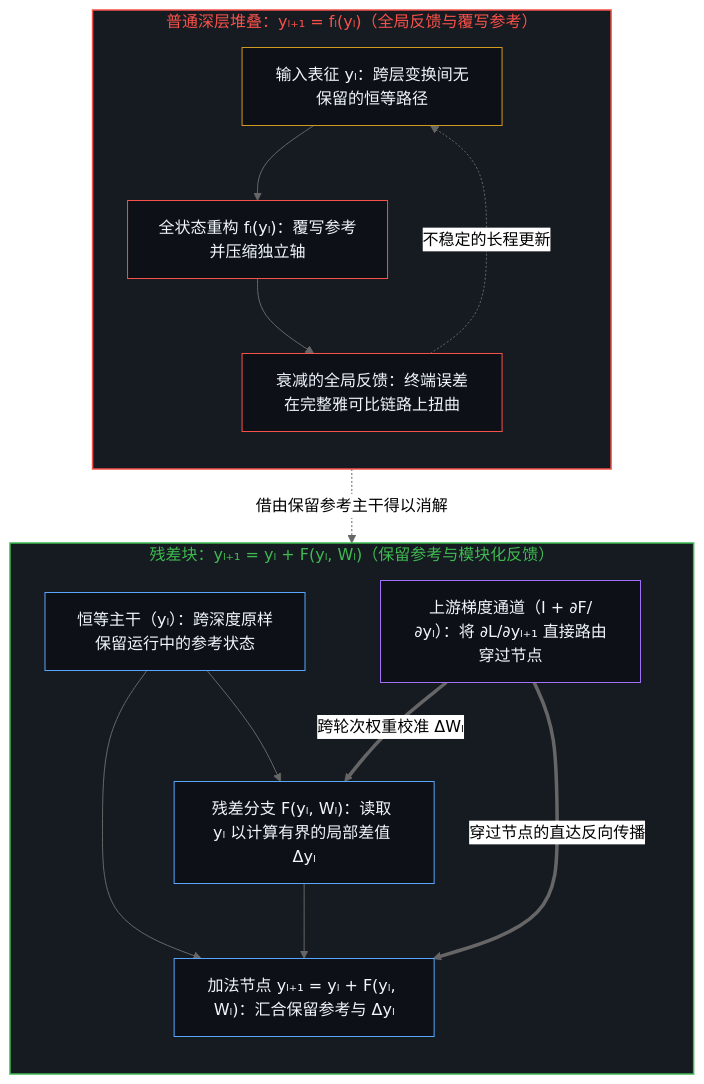
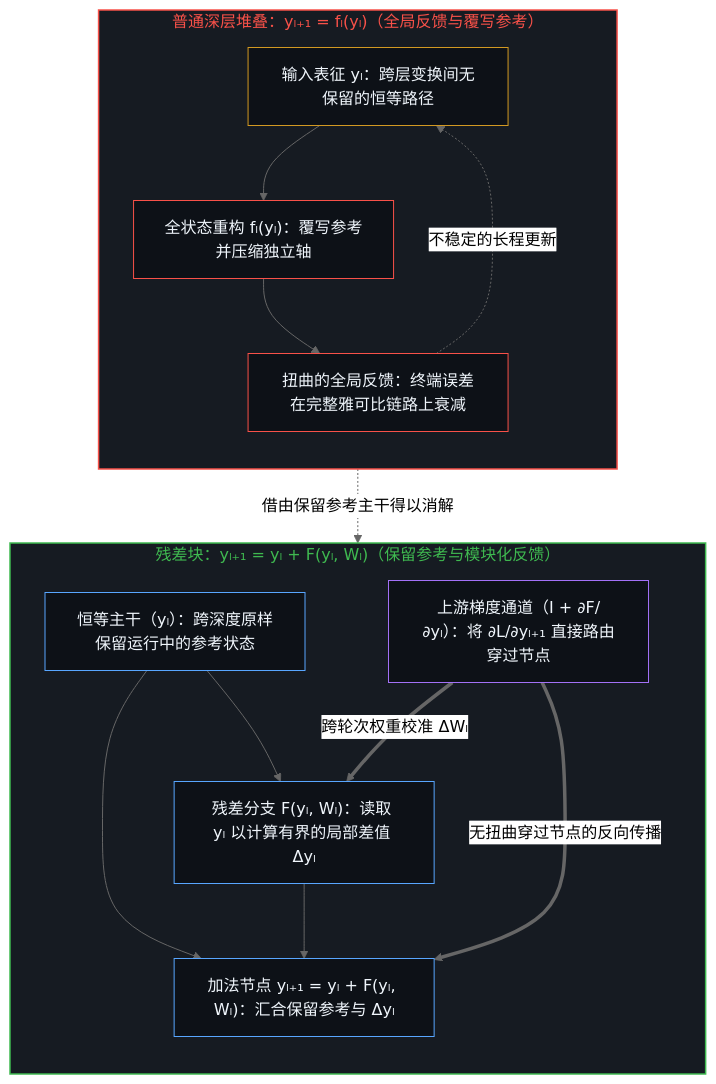
The first of 4 diagrams in content/posts/dynamic-resnet-of-skill-loops.md (powerpig99/not-a-toe), drawn with Mermaid (neutral theme) before and after one commit. The commit also changed other lines of this file and 4 other files, not shown here.

````diff
--- a/content/posts/dynamic-resnet-of-skill-loops.md
+++ b/content/posts/dynamic-resnet-of-skill-loops.md
@@ -21,32 +21,32 @@
 ```mermaid
 flowchart TD
     subgraph S_Plain["普通深层堆叠：yₗ₊₁ = fₗ(yₗ)（全局反馈与覆写参考）"]
         direction TB
         P_In["输入表征 yₗ：跨层变换间无保留的恒等路径"]
         P_Over["全状态重构 fₗ(yₗ)：覆写参考并压缩独立轴"]
-        P_Grad["衰减的全局反馈：终端误差在完整雅可比链路上扭曲"]
+        P_Grad["扭曲的全局反馈：终端误差在完整雅可比链路上衰减"]
         P_In --> P_Over --> P_Grad
         P_Grad -.->|"不稳定的长程更新"| P_In
     end
     subgraph S_ResNet["残差块：yₗ₊₁ = yₗ + F(yₗ, Wₗ)（保留参考与模块化反馈）"]
         direction TB
         R_Id["恒等主干（yₗ）：跨深度原样保留运行中的参考状态"]
         R_Diff["残差分支 F(yₗ, Wₗ)：读取 yₗ 以计算有界的局部差值 Δyₗ"]
         R_Sum["加法节点 yₗ₊₁ = yₗ + F(yₗ, Wₗ)：汇合保留参考与 Δyₗ"]
         R_Back["上游梯度通道（I + ∂F/∂yₗ）：将 ∂L/∂yₗ₊₁ 直接路由穿过节点"]
         R_Id --> R_Sum
         R_Id --> R_Diff --> R_Sum
-        R_Back ==>|"穿过节点的直达反向传播"| R_Sum
+        R_Back ==>|"无扭曲穿过节点的反向传播"| R_Sum
         R_Back ==>|"跨轮次权重校准 ΔWₗ"| R_Diff
     end
     P_Grad -.->|"借由保留参考主干得以消解"| R_Id
     style S_Plain fill:#161b22,stroke:#f85149,stroke-width:1.5px,color:#f85149
     style S_ResNet fill:#161b22,stroke:#3fb950,stroke-width:1.5px,color:#3fb950
     style P_In fill:#0d1117,stroke:#d29922,stroke-width:1px,color:#f0f6fc
     style P_Over fill:#0d1117,stroke:#f85149,stroke-width:1px,color:#f0f6fc
     style P_Grad fill:#0d1117,stroke:#f85149,stroke-width:1px,color:#f0f6fc
     style R_Id fill:#0d1117,stroke:#58a6ff,stroke-width:1px,color:#f0f6fc
     style R_Diff fill:#0d1117,stroke:#58a6ff,stroke-width:1px,color:#f0f6fc
     style R_Sum fill:#0d1117,stroke:#58a6ff,stroke-width:1px,color:#f0f6fc
     style R_Back fill:#0d1117,stroke:#a371f7,stroke-width:1px,color:#f0f6fc
 ```
````
